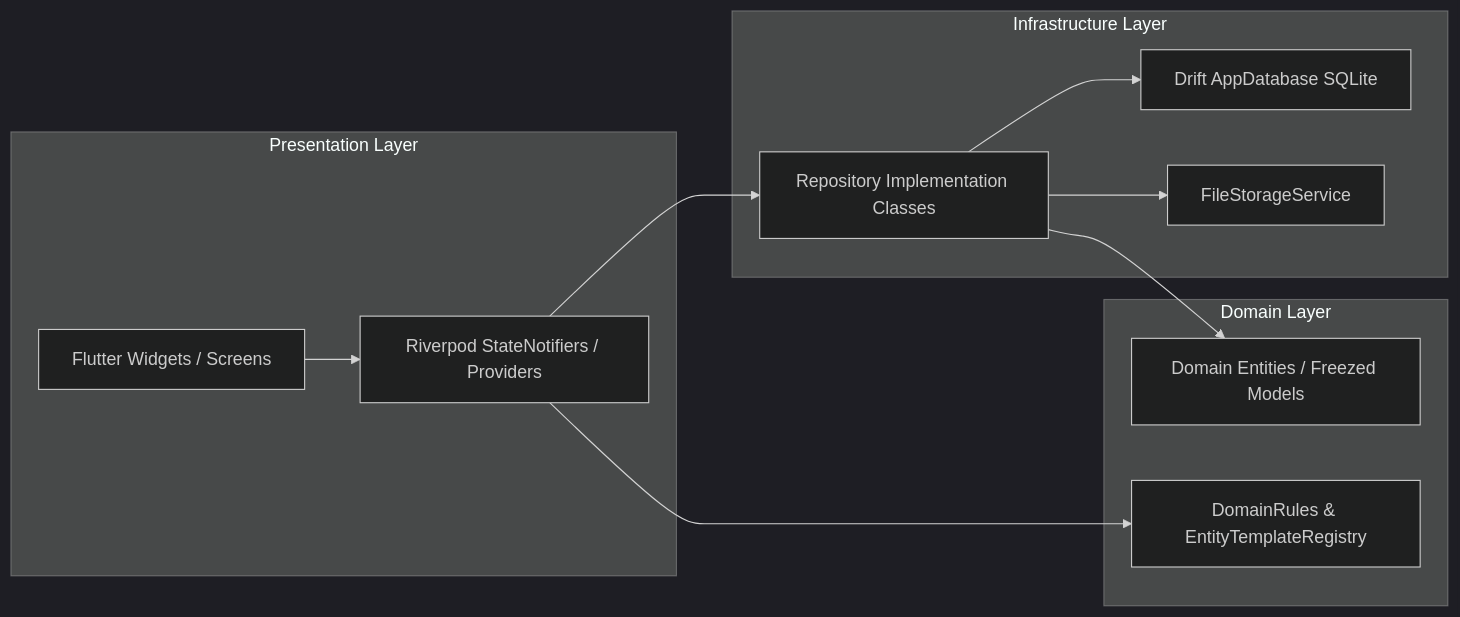
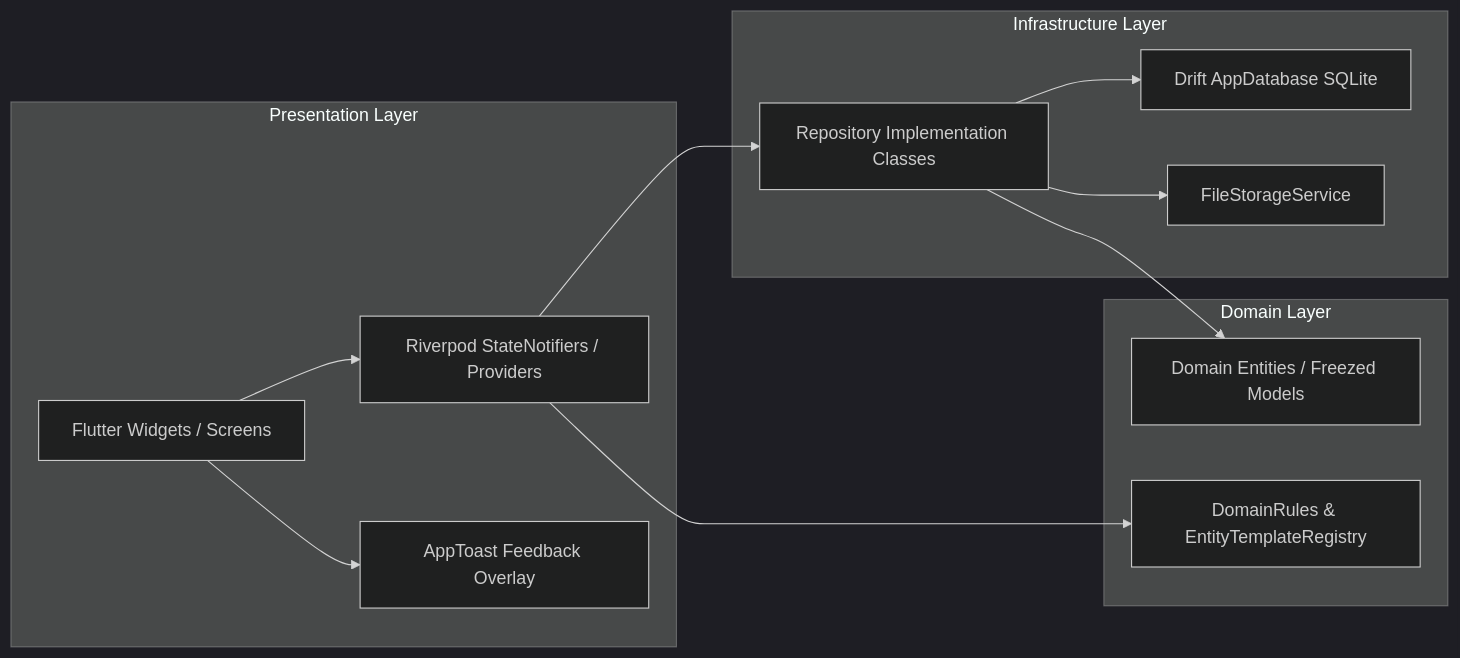
The diagram in docs/architecture.md (HakkinDavid/PWMS), drawn with Mermaid (dark theme) before and after one commit. The commit also changed other lines of this file and 10 other files, not shown here.

````diff
--- a/docs/architecture.md
+++ b/docs/architecture.md
@@ -40,25 +40,27 @@
 ```mermaid
 graph LR
     subgraph Presentation Layer
         UI[Flutter Widgets / Screens]
         Notifiers[Riverpod StateNotifiers / Providers]
+        Toasts[AppToast Feedback Overlay]
     end
 
     subgraph Domain Layer
         Entities[Domain Entities / Freezed Models]
         Rules[DomainRules & EntityTemplateRegistry]
     end
 
     subgraph Infrastructure Layer
         Repos[Repository Implementation Classes]
         DB[Drift AppDatabase SQLite]
         FS[FileStorageService]
       end
 
     UI --> Notifiers
     Notifiers --> Repos
     Repos --> DB
     Repos --> FS
     Notifiers --> Rules
     Repos --> Entities
+    UI --> Toasts
 ```
````
